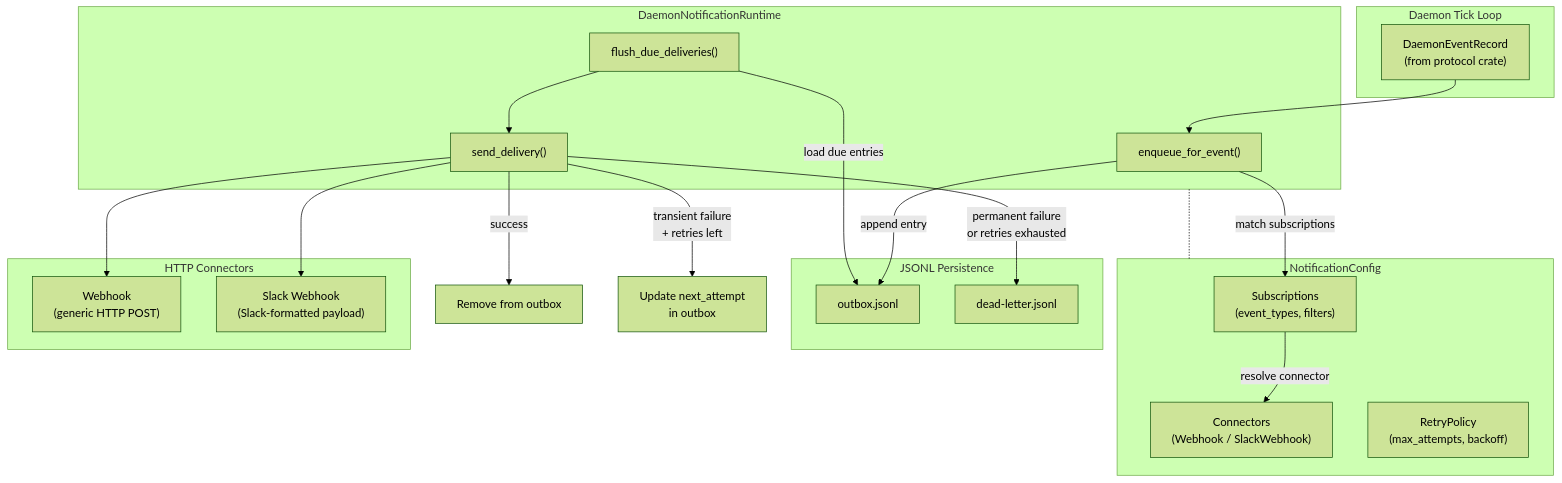
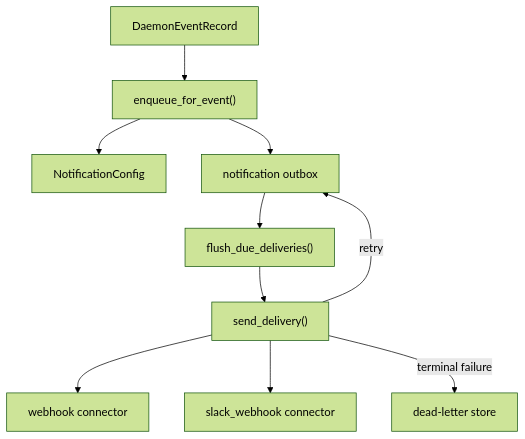
One commit to launchapp-dev/animus-cli changed the first of 2 diagrams in crates/orchestrator-notifications/README.md. Above: the diagram before and after it, drawn with Mermaid (forest theme). The commit also changed other lines of this file and 15 other files, not shown here.

````diff
--- a/crates/orchestrator-notifications/README.md
+++ b/crates/orchestrator-notifications/README.md
@@ -19,44 +17,13 @@
 ```mermaid
 flowchart TD
-    subgraph DaemonTickLoop["Daemon Tick Loop"]
-        E["DaemonEventRecord\n(from protocol crate)"]
-    end
+    EVENT["DaemonEventRecord"] --> ENQ["enqueue_for_event()"]
+    ENQ --> CFG["NotificationConfig"]
+    ENQ --> OUTBOX["notification outbox"]
 
-    subgraph Runtime["DaemonNotificationRuntime"]
-        ENQ["enqueue_for_event()"]
-        FLUSH["flush_due_deliveries()"]
-        SEND["send_delivery()"]
-    end
-
-    subgraph Config["NotificationConfig"]
-        CONN["Connectors\n(Webhook / SlackWebhook)"]
-        SUBS["Subscriptions\n(event_types, filters)"]
-        RETRY["RetryPolicy\n(max_attempts, backoff)"]
-    end
-
-    subgraph Persistence["JSONL Persistence"]
-        OUTBOX["outbox.jsonl"]
-        DLQ["dead-letter.jsonl"]
-    end
-
-    subgraph Connectors["HTTP Connectors"]
-        WH["Webhook\n(generic HTTP POST)"]
-        SLACK["Slack Webhook\n(Slack-formatted payload)"]
-    end
-
-    E --> ENQ
-    ENQ -- "match subscriptions" --> SUBS
-    SUBS -- "resolve connector" --> CONN
-    ENQ -- "append entry" --> OUTBOX
-
-    FLUSH -- "load due entries" --> OUTBOX
-    FLUSH --> SEND
-    SEND --> WH
-    SEND --> SLACK
-
-    SEND -- "success" --> REMOVE["Remove from outbox"]
-    SEND -- "transient failure\n+ retries left" --> BACKOFF["Update next_attempt\nin outbox"]
-    SEND -- "permanent failure\nor retries exhausted" --> DLQ
-
-    Config -.- Runtime
+    OUTBOX --> FLUSH["flush_due_deliveries()"]
+    FLUSH --> SEND["send_delivery()"]
+    SEND --> WEBHOOK["webhook connector"]
+    SEND --> SLACK["slack_webhook connector"]
+    SEND -->|retry| OUTBOX
+    SEND -->|terminal failure| DLQ["dead-letter store"]
 ```
````
